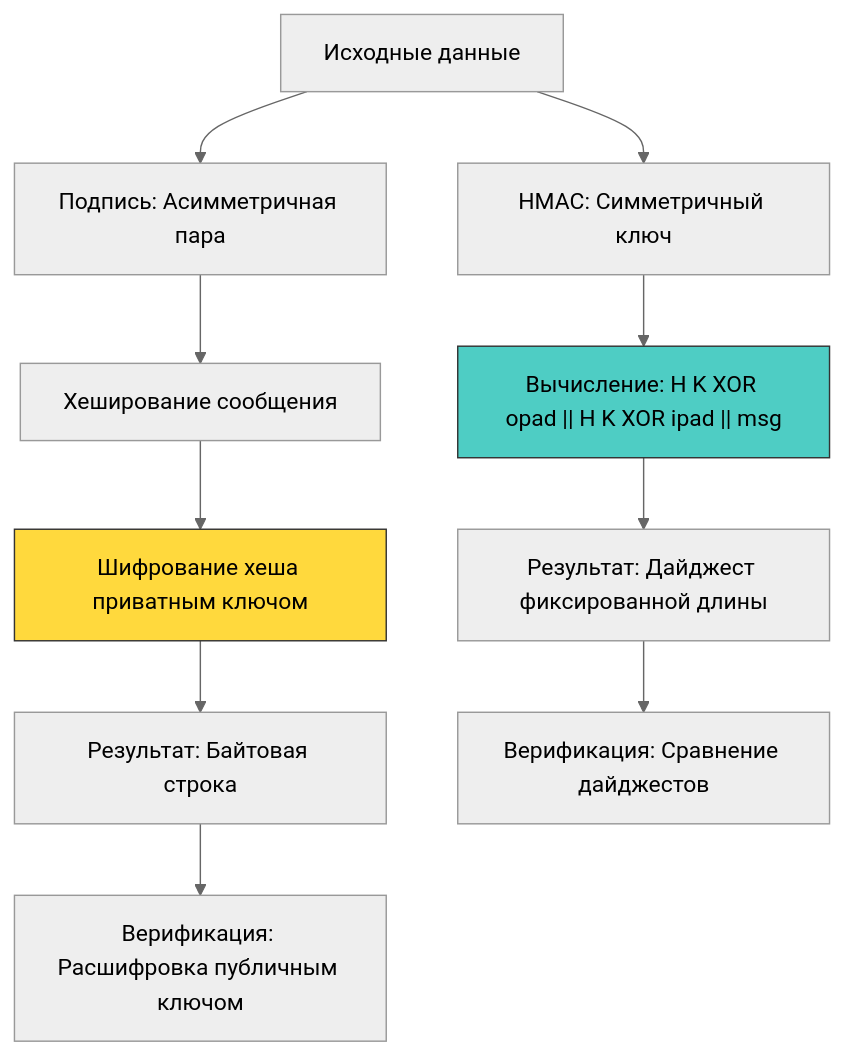
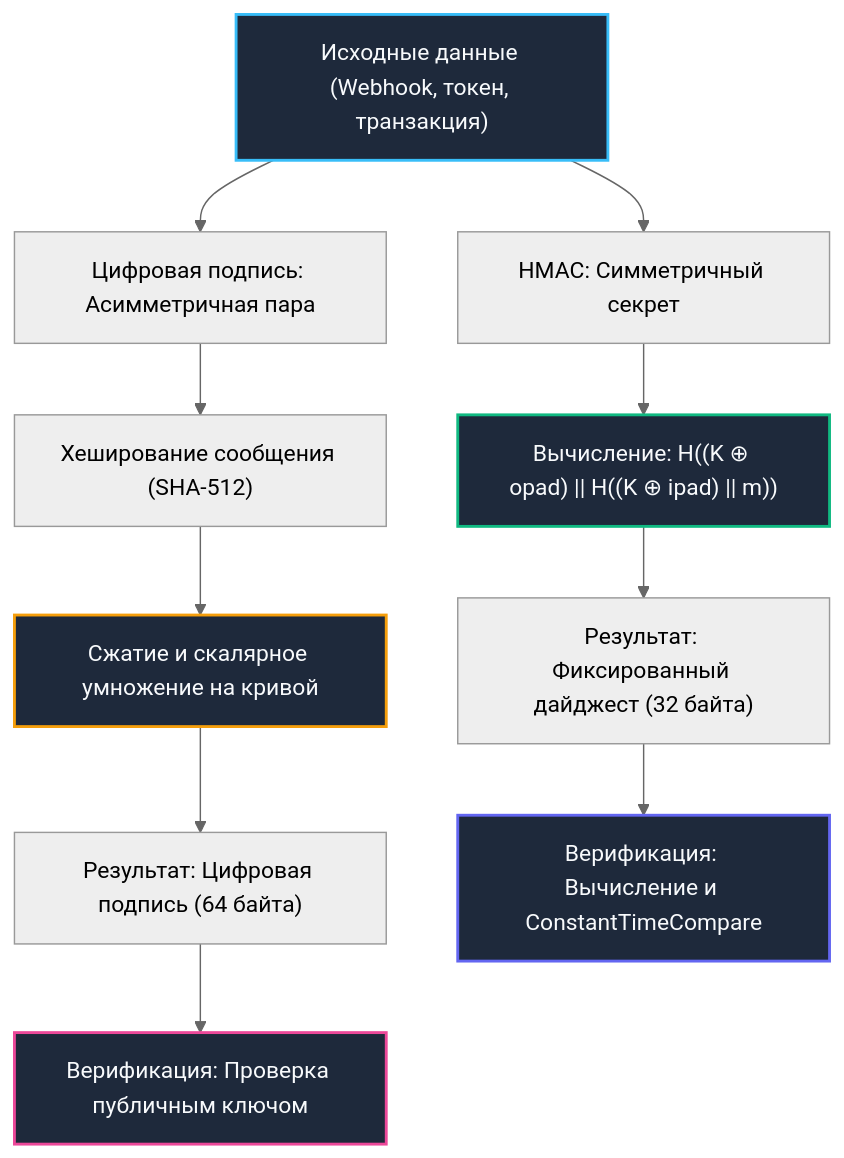
Before and after one commit to UnrealTemplier/go-textbook: the diagram in sources/17. Безопасность (AppSec в Go)/03. Криптография/5. Подписи и HMAC.md, drawn with Mermaid (neutral theme). The commit also changed other lines of this file, not shown here.

Commit message:
feat(module-17): editorial rewrite of 03.5 Signatures and HMAC in Kernighan style

````diff
--- a/sources/17. Безопасность (AppSec в Go)/03. Криптография/5. Подписи и HMAC.md
+++ b/sources/17. Безопасность (AppSec в Go)/03. Криптография/5. Подписи и HMAC.md
@@ -5,18 +16,23 @@
 ```mermaid
 flowchart TD
-    A["Исходные данные"] --> B["HMAC: Симметричный ключ"]
-    A --> C["Подпись: Асимметричная пара"]
+    Data["Исходные данные (Webhook, токен, транзакция)"]
     
-    B --> D["Вычисление: H K XOR opad || H K XOR ipad || msg"]
-    D --> E["Результат: Дайджест фиксированной длины"]
+    Data --> HMAC_Branch["HMAC: Симметричный секрет"]
+    Data --> Sign_Branch["Цифровая подпись: Асимметричная пара"]
     
-    C --> F["Хеширование сообщения"]
-    F --> G["Шифрование хеша приватным ключом"]
-    G --> H["Результат: Байтовая строка"]
+    HMAC_Branch --> CalcHMAC["Вычисление: H((K ⊕ opad) || H((K ⊕ ipad) || m))"]
+    CalcHMAC --> MAC_Result["Результат: Фиксированный дайджест (32 байта)"]
     
-    E --> I["Верификация: Сравнение дайджестов"]
-    H --> J["Верификация: Расшифровка публичным ключом"]
+    Sign_Branch --> HashSign["Хеширование сообщения (SHA-512)"]
+    HashSign --> AsymSign["Сжатие и скалярное умножение на кривой"]
+    AsymSign --> Sign_Result["Результат: Цифровая подпись (64 байта)"]
     
-    style D fill:#4ecdc4,stroke:#333
-    style G fill:#ffd93d,stroke:#333
+    MAC_Result --> VerifyHMAC["Верификация: Вычисление и ConstantTimeCompare"]
+    Sign_Result --> VerifySign["Верификация: Проверка публичным ключом"]
+
+    style Data fill:#1e293b,stroke:#38bdf8,stroke-width:2px,color:#f8fafc
+    style CalcHMAC fill:#1e293b,stroke:#10b981,stroke-width:2px,color:#f8fafc
+    style AsymSign fill:#1e293b,stroke:#f59e0b,stroke-width:2px,color:#f8fafc
+    style VerifyHMAC fill:#1e293b,stroke:#6366f1,stroke-width:2px,color:#f8fafc
+    style VerifySign fill:#1e293b,stroke:#ec4899,stroke-width:2px,color:#f8fafc
 ```
````
